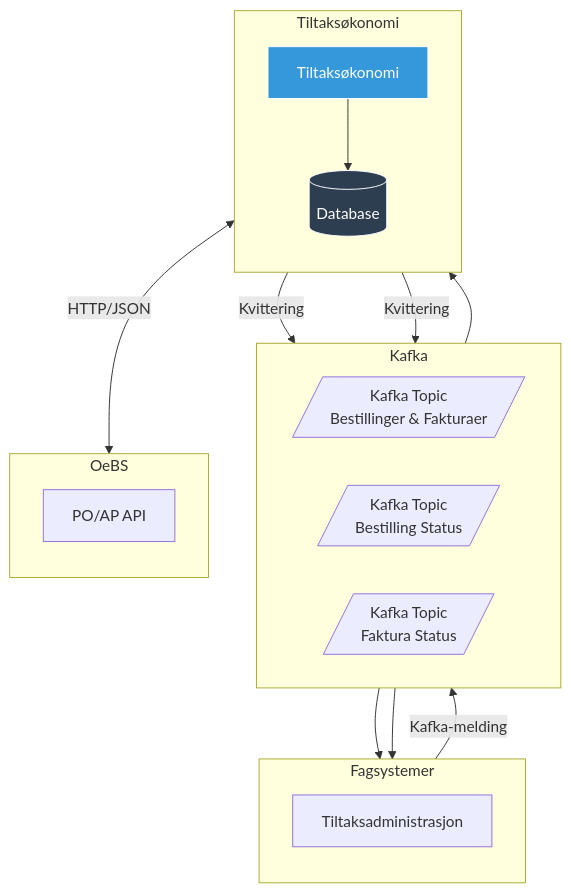
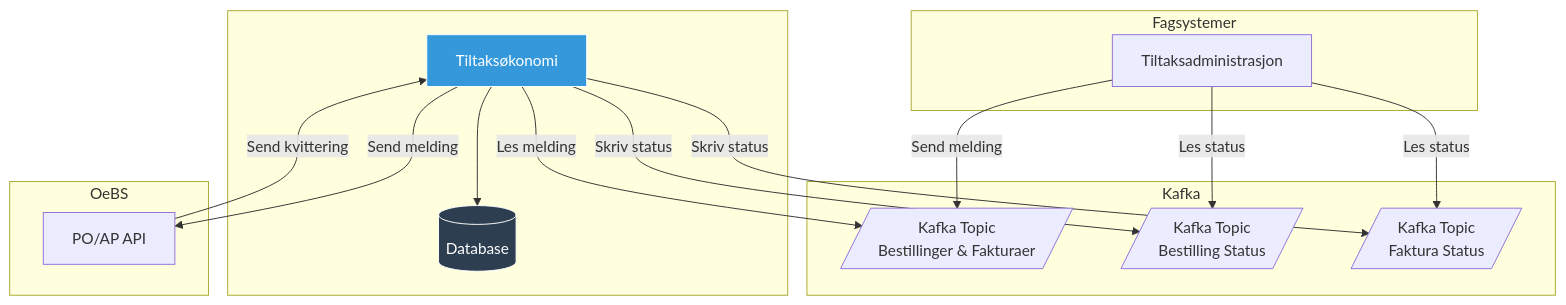
Before and after one commit to navikt/mulighetsrommet: the diagram in mulighetsrommet-tiltaksokonomi/README.md, drawn with Mermaid.

Commit message:
oppdater flowchart

````diff
--- a/mulighetsrommet-tiltaksokonomi/README.md
+++ b/mulighetsrommet-tiltaksokonomi/README.md
@@ -54,37 +54,34 @@
 ```mermaid
 flowchart
-    Fagsystem -->|Kafka-melding| KafkaIn --> Tiltaksokonomi
-
-    subgraph Col1["Fagsystemer"]
-        direction TB
+    subgraph Fagsystemer["Fagsystemer"]
         Fagsystem[Tiltaksadministrasjon]
     end
 
-    subgraph Col2["Kafka"]
-    direction RL
+    subgraph Kafka["Kafka"]
         KafkaIn[/Kafka Topic<br/>Bestillinger & Fakturaer/]
         KafkaBestilling[/Kafka Topic<br/>Bestilling Status/]
         KafkaFaktura[/Kafka Topic<br/>Faktura Status/]
     end
 
-
-
-    subgraph Col3["Tiltaksøkonomi"]
-        direction TB
-        Tiltaksokonomi[Tiltaksøkonomi]
+    subgraph Tiltaksokonmi[" "]
+        App[Tiltaksøkonomi]
         DB[(Database)]
-        Tiltaksokonomi --> DB
+        App --> DB
     end
 
-    subgraph Col4["OeBS"]
-        direction TB
+    subgraph Oebs["OeBS"]
         OebsPoApApi[PO/AP API]
     end
 
-    Tiltaksokonomi -->|Kvittering| KafkaBestilling --> Fagsystem
-    Tiltaksokonomi -->|Kvittering| KafkaFaktura --> Fagsystem
-    Tiltaksokonomi <-->|HTTP/JSON| OebsPoApApi
+    Fagsystem -->|Send melding| KafkaIn
+    Fagsystem -->|Les status| KafkaBestilling
+    Fagsystem -->|Les status| KafkaFaktura
+    App -->|Les melding| KafkaIn
+    App -->|Skriv status| KafkaBestilling
+    App -->|Skriv status| KafkaFaktura
+    App -->|Send melding| OebsPoApApi
+    OebsPoApApi -->|Send kvittering| App
 
     style DB fill:#2d3e50,stroke:#fff,color:#fff
-    style Tiltaksokonomi fill:#3498db,stroke:#fff,color:#fff
+    style App fill:#3498db,stroke:#fff,color:#fff
 ```
````
